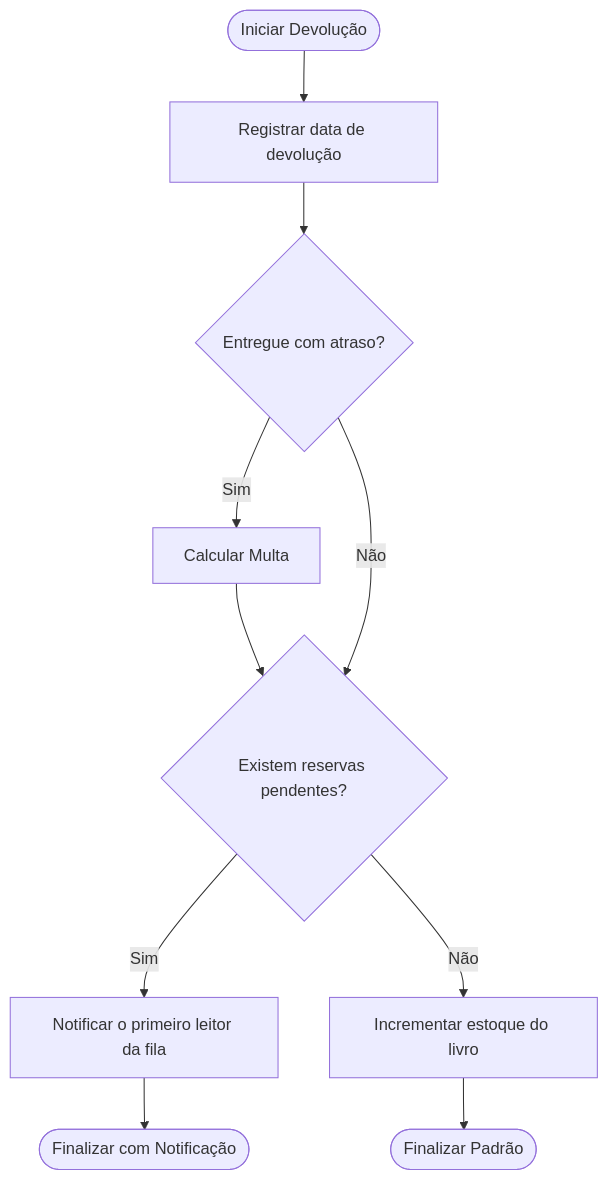
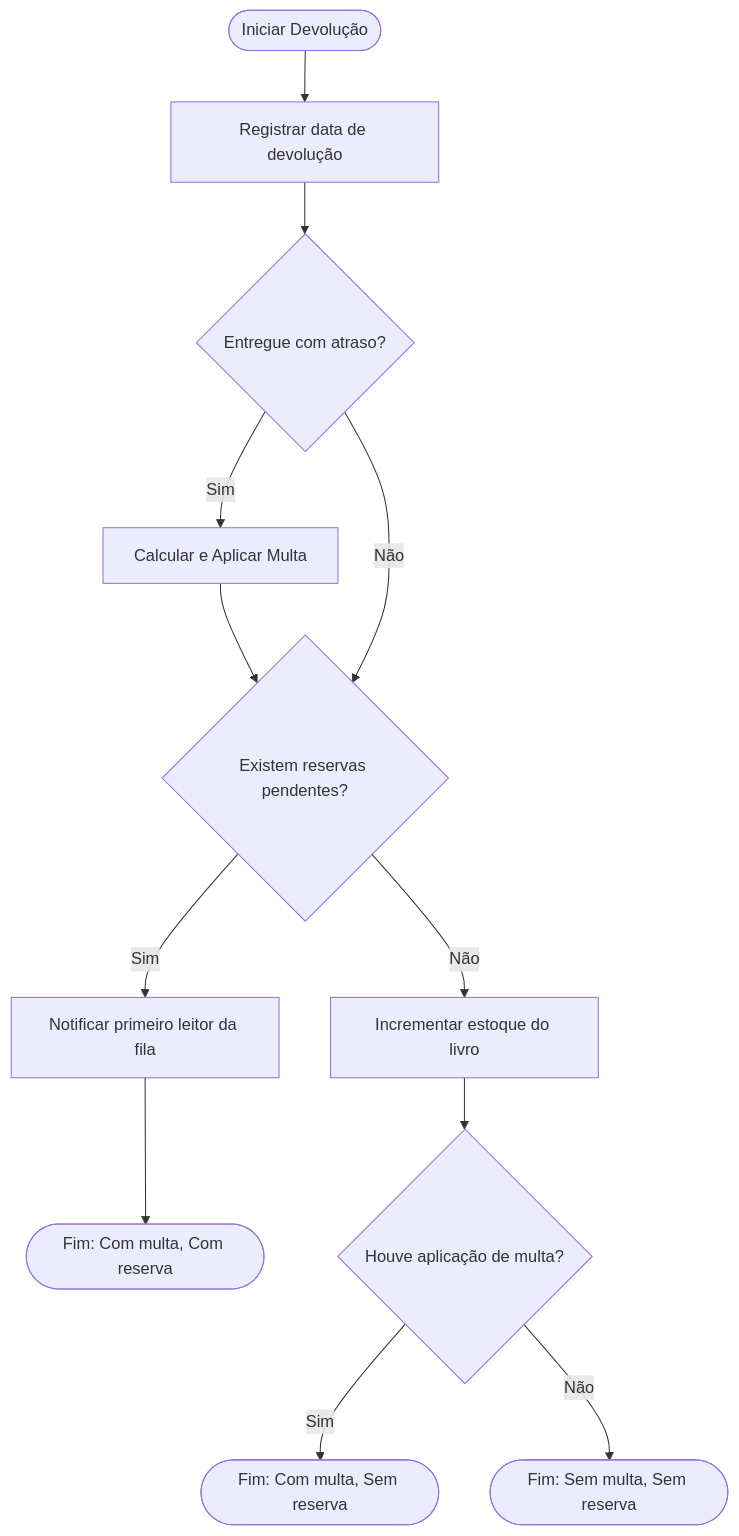
Before and after one commit to lucasmzzz/es1-pratica-avaliada-2: the third of 3 diagrams in modelagem-uml.md, drawn with Mermaid. The commit also changed other lines of this file, not shown here.

Commit message:
fix: limpa formatacao do analise-design e corrige cardinalidade do UML

````diff
--- a/modelagem-uml.md
+++ b/modelagem-uml.md
@@ -103,16 +110,19 @@
 ```mermaid
 flowchart TD
     A([Iniciar Devolução]) --> B[Registrar data de devolução]
     B --> C{Entregue com atraso?}
     
-    C -- Sim --> D[Calcular Multa]
+    C -- Sim --> D[Calcular e Aplicar Multa]
     D --> E{Existem reservas pendentes?}
     
     C -- Não --> E
     
-    E -- Sim --> F[Notificar o primeiro leitor da fila]
-    F --> G([Finalizar com Notificação])
+    E -- Sim --> F[Notificar primeiro leitor da fila]
+    F --> G([Fim: Com multa, Com reserva])
     
     E -- Não --> H[Incrementar estoque do livro]
-    H --> I([Finalizar Padrão])
+    H --> I{Houve aplicação de multa?}
+    
+    I -- Sim --> J([Fim: Com multa, Sem reserva])
+    I -- Não --> K([Fim: Sem multa, Sem reserva])
 ```
````
